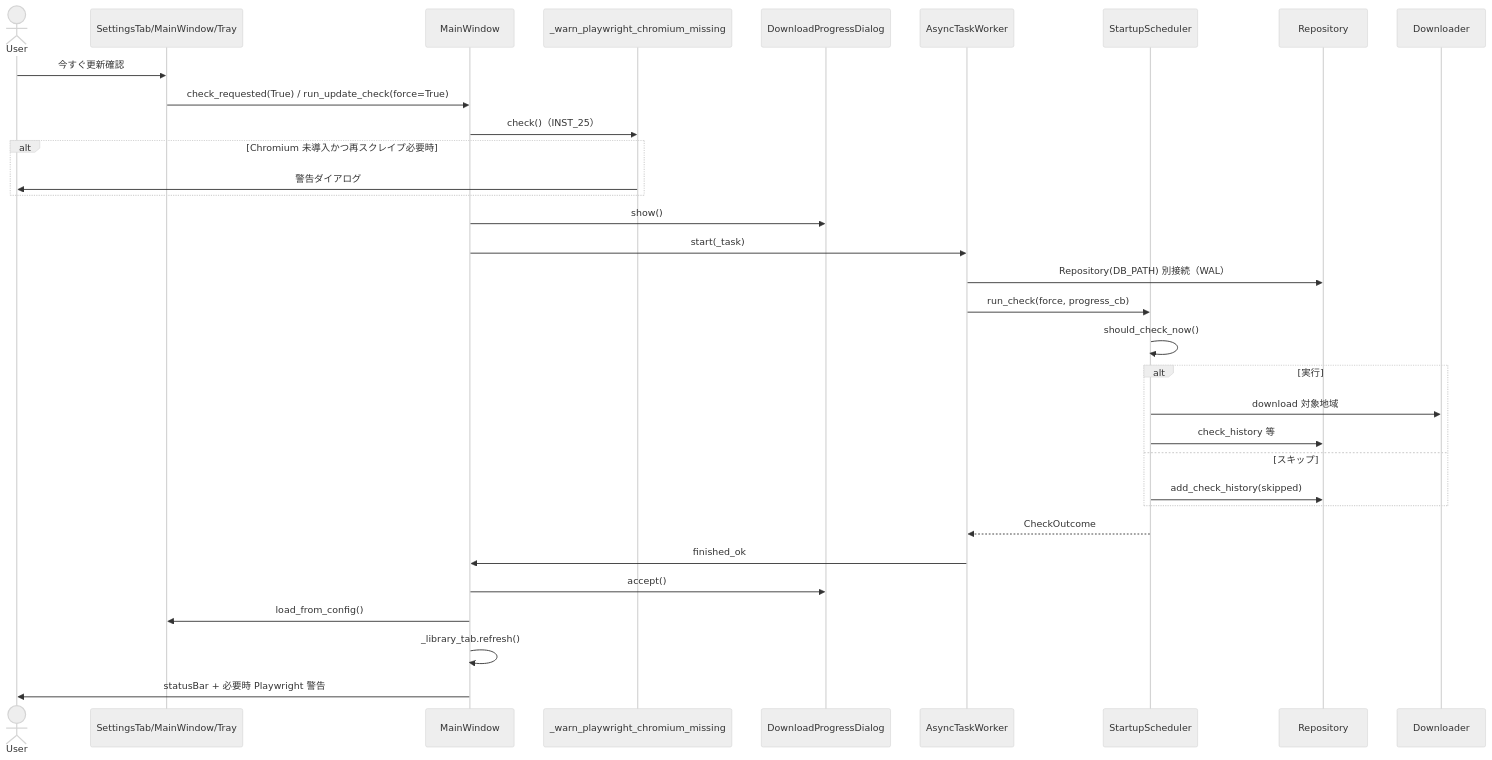
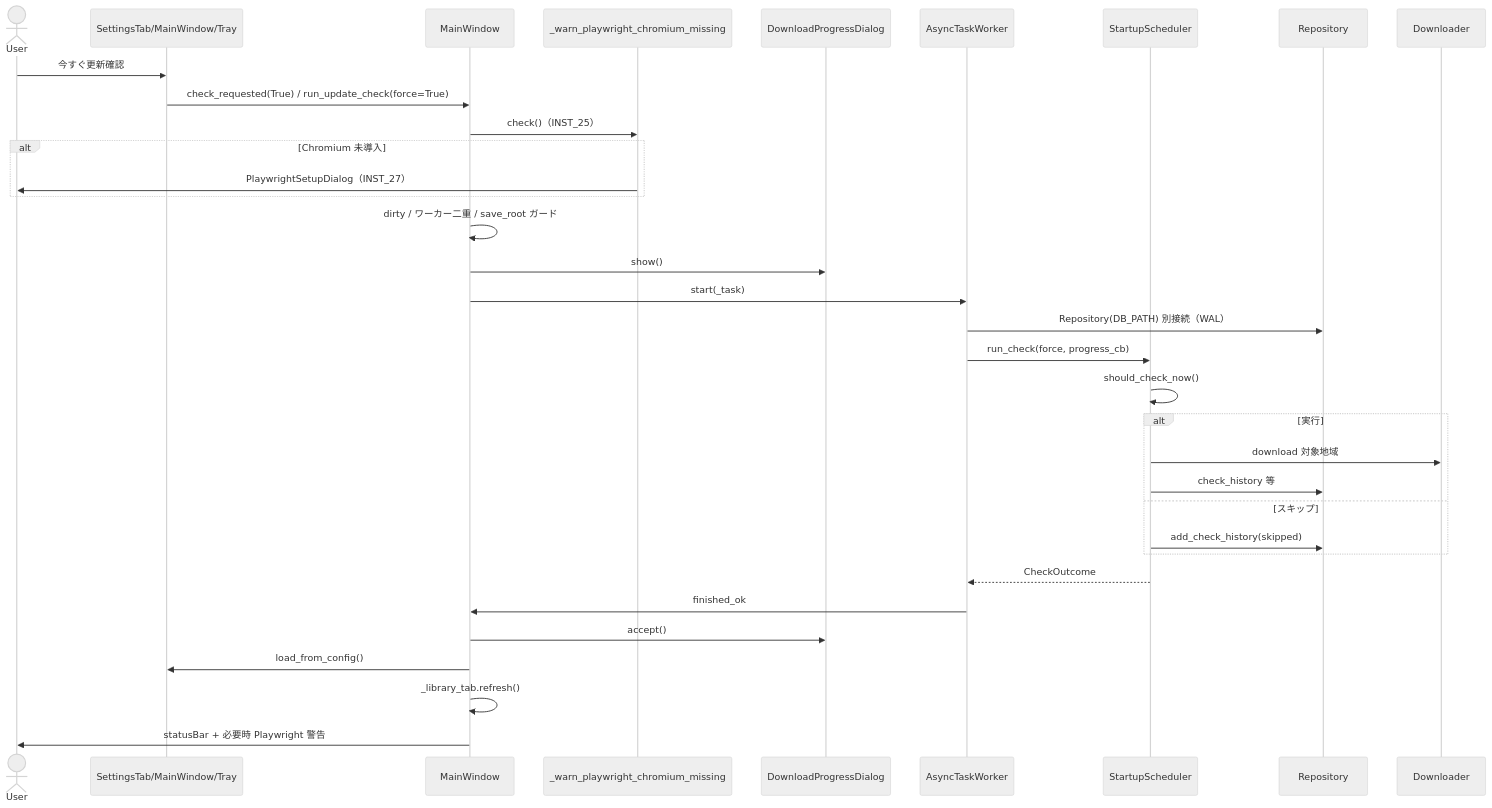
Before and after one commit to matrix9neonebuchadnezzar2199-sketch/JATIC-Library: the seventh of 9 diagrams in docs/UI_FLOW.md, drawn with Mermaid (neutral theme). The commit also changed other lines of this file and 13 other files, not shown here.

````diff
--- a/docs/UI_FLOW.md
+++ b/docs/UI_FLOW.md
@@ -206,36 +206,37 @@
 ```mermaid
 sequenceDiagram
     actor User
     participant ST as SettingsTab/MainWindow/Tray
     participant MW as MainWindow
     participant Guard as _warn_playwright_chromium_missing
     participant Dlg as DownloadProgressDialog
     participant Worker as AsyncTaskWorker
     participant Sch as StartupScheduler
     participant Repo as Repository
     participant DL as Downloader
 
     User->>ST: 今すぐ更新確認
     ST->>MW: check_requested(True) / run_update_check(force=True)
     MW->>Guard: check()（INST_25）
-    alt Chromium 未導入かつ再スクレイプ必要時
-        Guard->>User: 警告ダイアログ
+    alt Chromium 未導入
+        Guard->>User: PlaywrightSetupDialog（INST_27）
     end
+    MW->>MW: dirty / ワーカー二重 / save_root ガード
     MW->>Dlg: show()
     MW->>Worker: start(_task)
     Worker->>Repo: Repository(DB_PATH) 別接続（WAL）
     Worker->>Sch: run_check(force, progress_cb)
     Sch->>Sch: should_check_now()
     alt 実行
         Sch->>DL: download 対象地域
         Sch->>Repo: check_history 等
     else スキップ
         Sch->>Repo: add_check_history(skipped)
     end
     Sch-->>Worker: CheckOutcome
     Worker->>MW: finished_ok
     MW->>Dlg: accept()
     MW->>ST: load_from_config()
     MW->>MW: _library_tab.refresh()
     MW->>User: statusBar + 必要時 Playwright 警告
 ```
````
